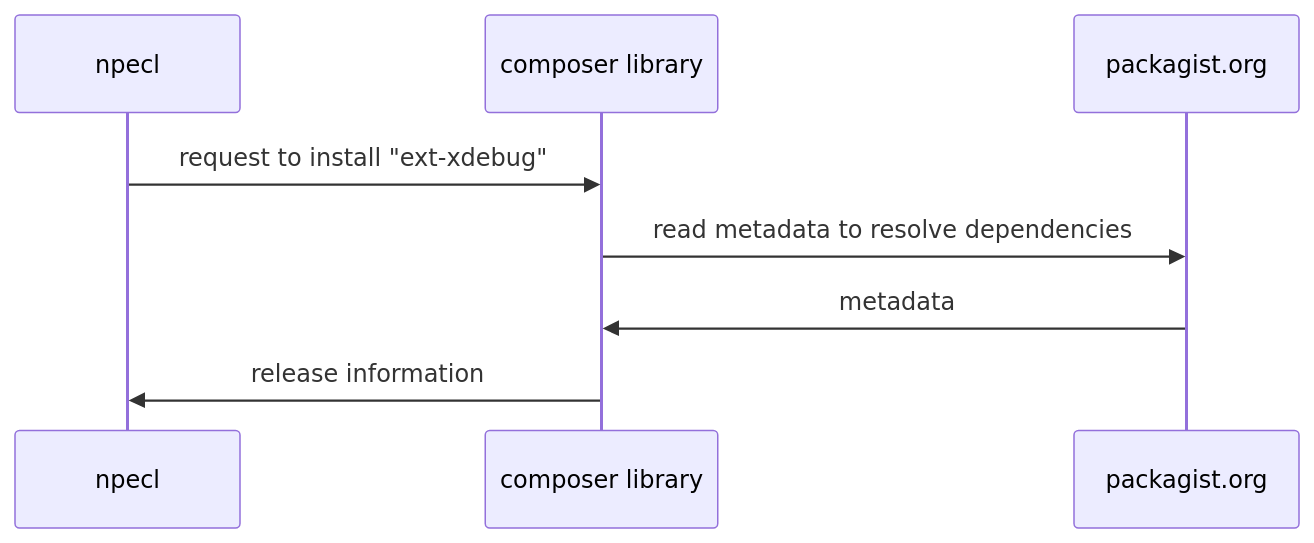
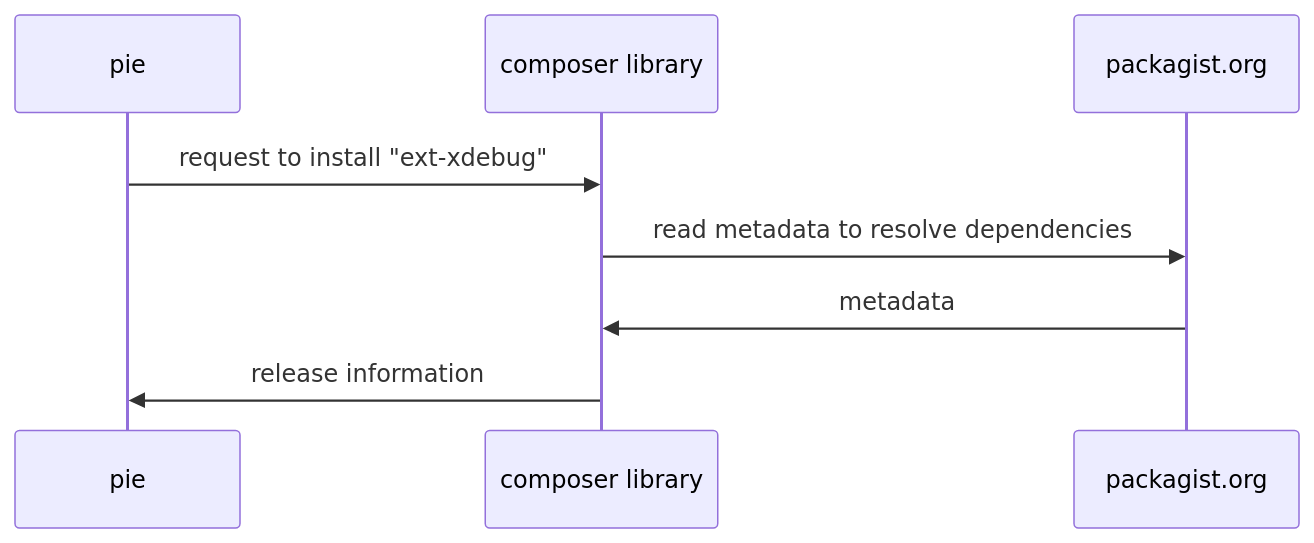
Before and after one commit to ThePHPF/pie-design: the first of 2 diagrams in README.md, drawn with Mermaid. The commit also changed other lines of this file and 1 other file, not shown here.

Commit message:
🥧 PIE

````diff
--- a/README.md
+++ b/README.md
@@ -220,11 +234,11 @@
 ```mermaid
 sequenceDiagram
-    participant npecl
+    participant pie
     participant composer as composer library
     participant packagist as packagist.org
 
-    npecl ->> composer : request to install "ext-xdebug"
+    pie ->> composer : request to install "ext-xdebug"
     composer ->> packagist : read metadata to resolve dependencies
     packagist ->> composer : metadata
-    composer ->> npecl : release information
+    composer ->> pie : release information
 ```
````
